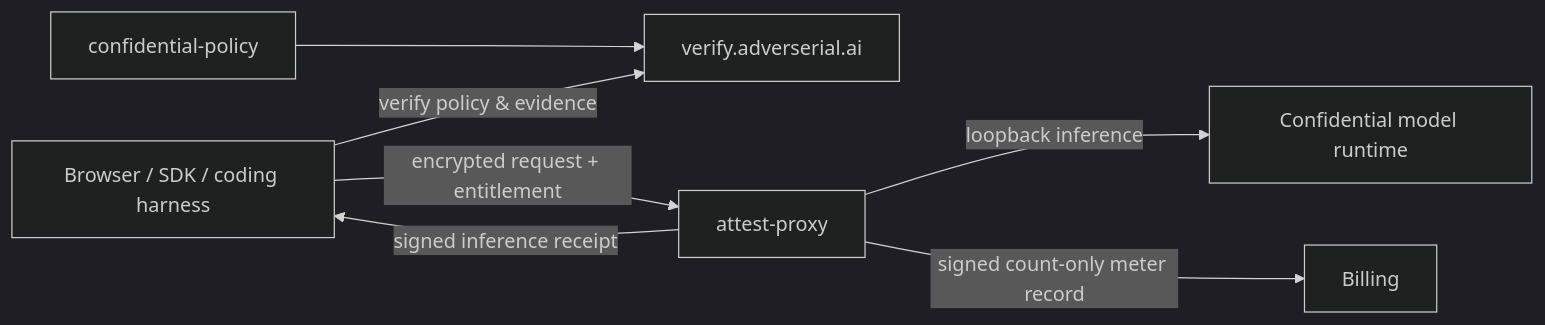
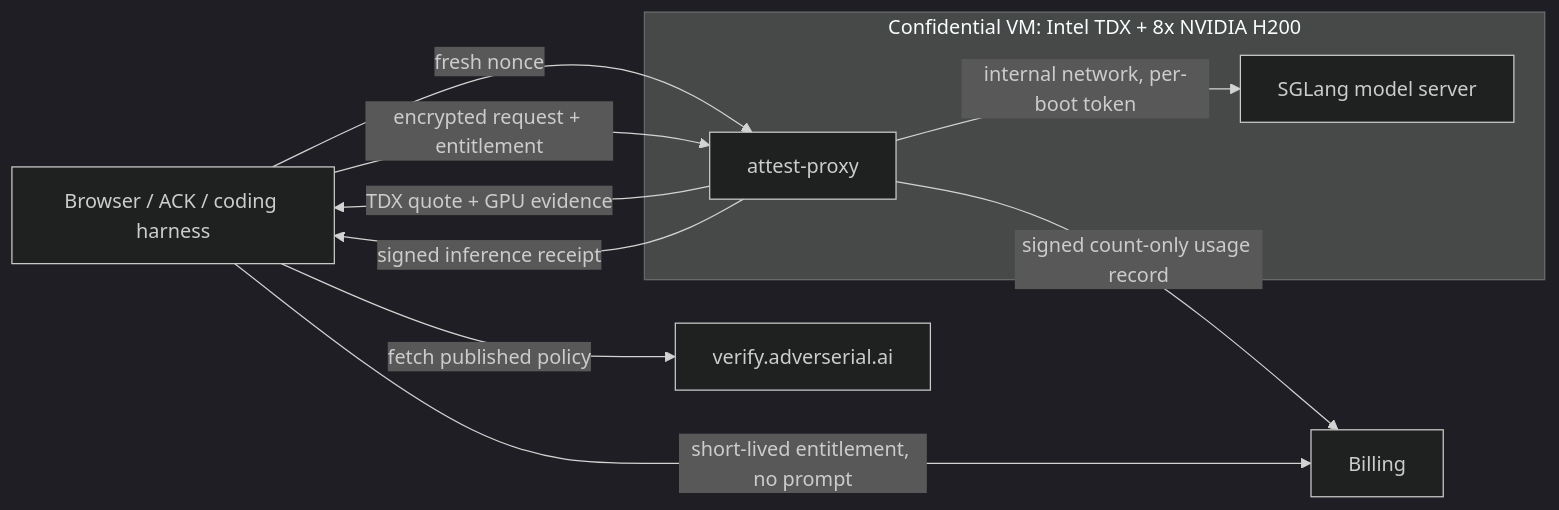
Before and after one commit to AdverserialAI/.github: the diagram in profile/README.md, drawn with Mermaid (dark theme). The commit also changed other lines of this file, not shown here.

````diff
--- a/profile/README.md
+++ b/profile/README.md
@@ -99,9 +100,13 @@
 ```mermaid
 flowchart LR
-    C[Browser / SDK / coding harness] -->|verify policy & evidence| V[verify.adverserial.ai]
+    C[Browser / ACK / coding harness] -->|fetch published policy| V[verify.adverserial.ai]
+    C -->|fresh nonce| P
+    P -->|TDX quote + GPU evidence| C
+    C -->|short-lived entitlement, no prompt| B[Billing]
     C -->|encrypted request + entitlement| P[attest-proxy]
-    P -->|loopback inference| M[Confidential model runtime]
-    P -->|signed count-only meter record| B[Billing]
+    subgraph VM[Confidential VM: Intel TDX + 8x NVIDIA H200]
+        P -->|internal network, per-boot token| M[SGLang model server]
+    end
+    P -->|signed count-only usage record| B
     P -->|signed inference receipt| C
-    R[confidential-policy] --> V
 ```
````
